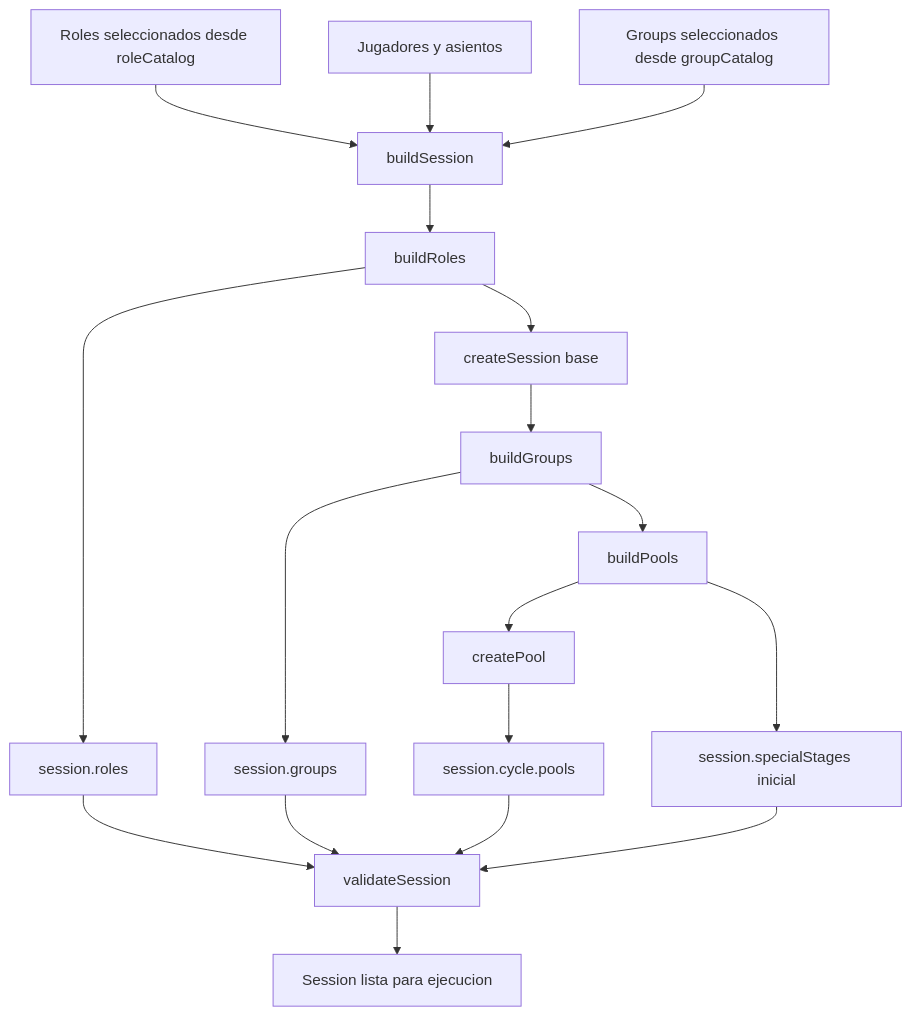
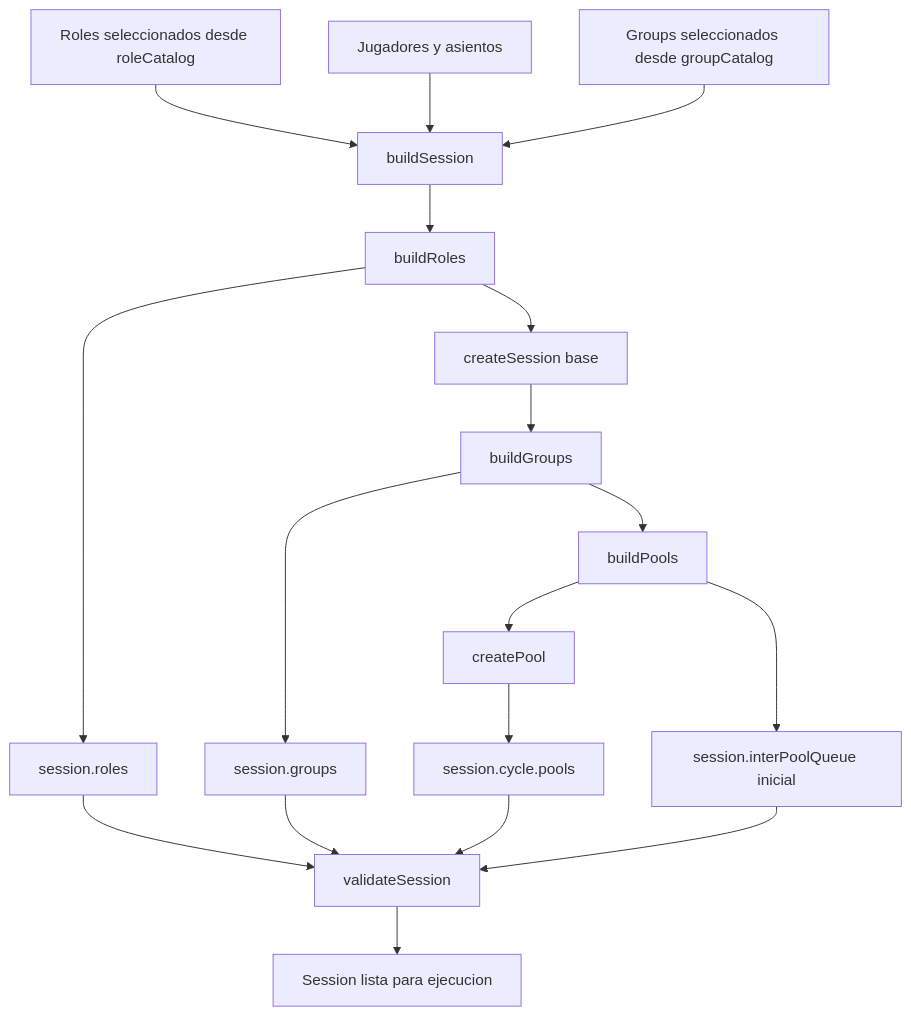
One commit to juanramonmorandeira/castronegro-director changed the second of 14 diagrams in docs/engine_flow_map.md. Above: the diagram before and after it, drawn with Mermaid. The commit also changed other lines of this file and 53 other files, not shown here.

Commit message:
Refine domain inter-pool queue architecture

````diff
--- a/docs/engine_flow_map.md
+++ b/docs/engine_flow_map.md
@@ -110,36 +110,36 @@
 ```mermaid
 flowchart TD
   A[Roles seleccionados desde roleCatalog]
   B[Jugadores y asientos]
   C[Groups seleccionados desde groupCatalog]
   E[buildSession]
   F[buildRoles]
   J[createSession base]
   G[buildGroups]
   H[buildPools]
   I[createPool]
   K[validateSession]
   L[session.roles]
   M[session.groups]
   N[session.cycle.pools]
-  P[session.specialStages inicial]
+  P[session.interPoolQueue inicial]
   O[Session lista para ejecucion]
 
   A --> E
   B --> E
   C --> E
   E --> F
   F --> J
   J --> G
   G --> H
   H --> I
   H --> P
   F --> L
   G --> M
   I --> N
   L --> K
   M --> K
   N --> K
   P --> K
   K --> O
 ```
````
